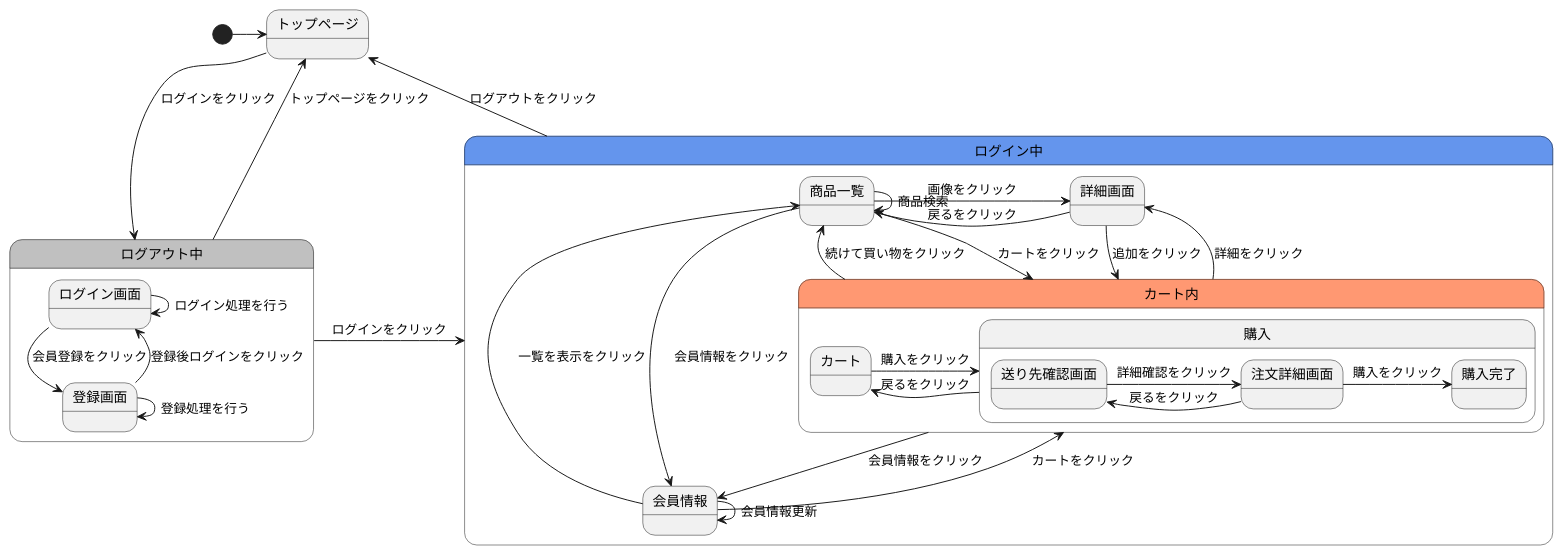
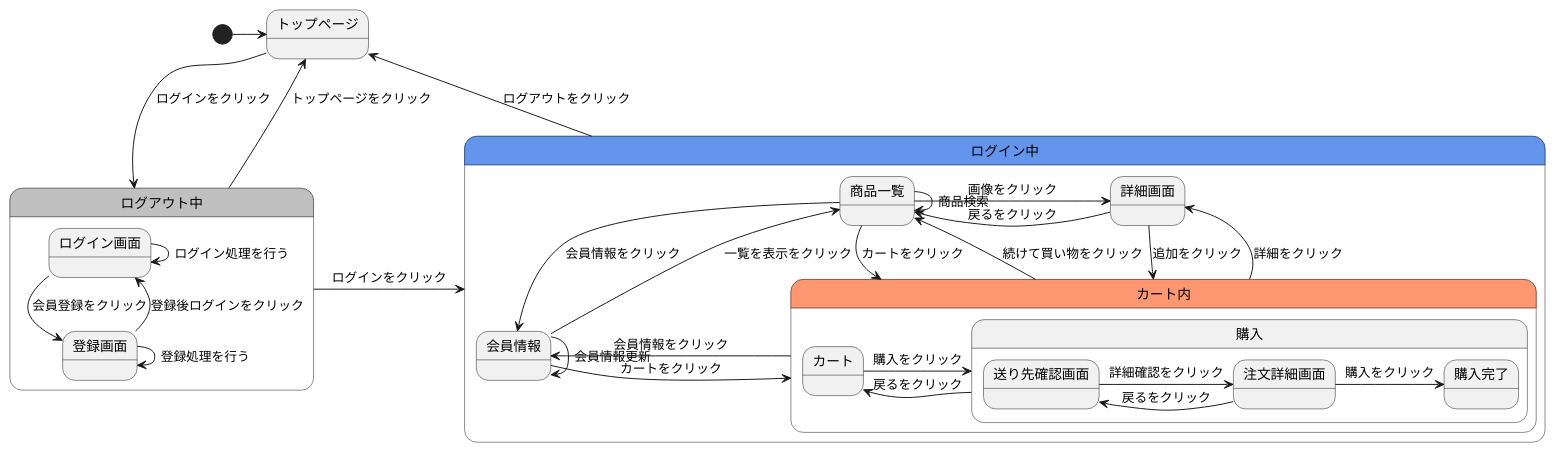
The diagram in gamen2.md (Aso2001409/2021sys-design), drawn with PlantUML before and after one commit.

````diff
--- a/gamen2.md
+++ b/gamen2.md
@@ -1,38 +1,38 @@
 ```uml
 @startuml
 [*]->トップページ
 トップページ-->ログアウト中 :ログインをクリック
 ログアウト中->トップページ :トップページをクリック
 ログイン中->トップページ : ログアウトをクリック
 state ログアウト中 #C0C0C0{
   ログイン画面-->登録画面 :会員登録をクリック
   ログイン画面->ログイン画面 :ログイン処理を行う
   登録画面->登録画面 :登録処理を行う
   登録画面--> ログイン画面 :登録後ログインをクリック
 }
 ログアウト中->ログイン中 :ログインをクリック
 state ログイン中 #6495ED{
   商品一覧->詳細画面 :画像をクリック
   商品一覧-->カート内 :カートをクリック
   商品一覧->会員情報 :会員情報をクリック
   商品一覧->商品一覧 :商品検索
   詳細画面->商品一覧 :戻るをクリック
   詳細画面-->カート内 :追加をクリック
   会員情報->商品一覧 :一覧を表示をクリック
-  会員情報-->カート内 :カートをクリック
+  会員情報->カート内 :カートをクリック
   会員情報->会員情報 :会員情報更新
   state カート内 #FF9872{
     カート->購入 :購入をクリック
     購入->カート :戻るをクリック
       state 購入{
       送り先確認画面->注文詳細画面 :詳細確認をクリック
       注文詳細画面->購入完了 :購入をクリック
       注文詳細画面->送り先確認画面 :戻るをクリック
       }
     }  
   カート内->商品一覧 :続けて買い物をクリック
   カート内->会員情報 :会員情報をクリック
   カート内->詳細画面 :詳細をクリック
   }
 @enduml
 ```
````
